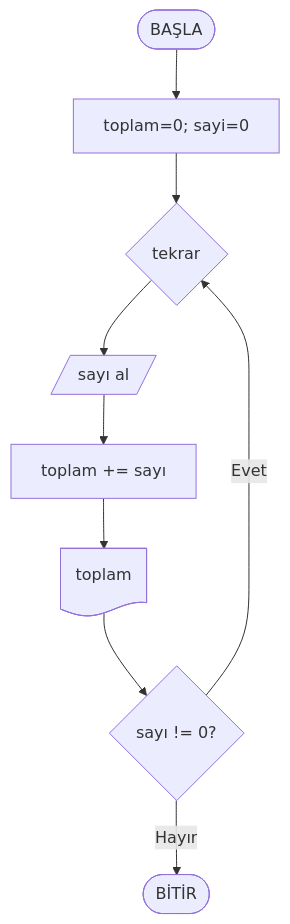
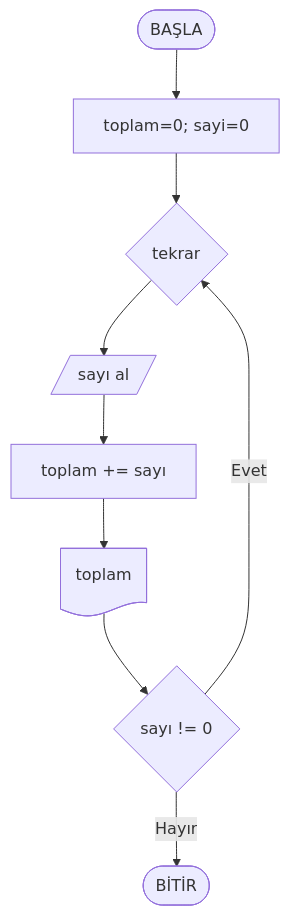
Before and after one commit to ibrahimayaz/Algoritma-ve-Programlamaya-Giris-2025: the fifth of 5 diagrams in Hafta03/ders_icerik.md, drawn with Mermaid. The commit also changed other lines of this file and 59 other files, not shown here.

````diff
--- a/Hafta03/ders_icerik.md
+++ b/Hafta03/ders_icerik.md
@@ -453,7 +446,7 @@
 ```mermaid
 flowchart TD
   start([BAŞLA]) --> init[toplam=0; sayi=0]
-  init --> loop{tekrar} --> inNum[/sayı al/] --> add[toplam += sayı] --> show@{ shape: doc, label: "toplam" } --> cont{sayı != 0?}
+  init --> loop{tekrar} --> inNum[/sayı al/] --> add[toplam += sayı] --> show@{ shape: doc, label: "toplam" } --> cont{sayı != 0}
   cont -- Evet --> loop
   cont -- Hayır --> endNode([BİTİR])
 ```
````
